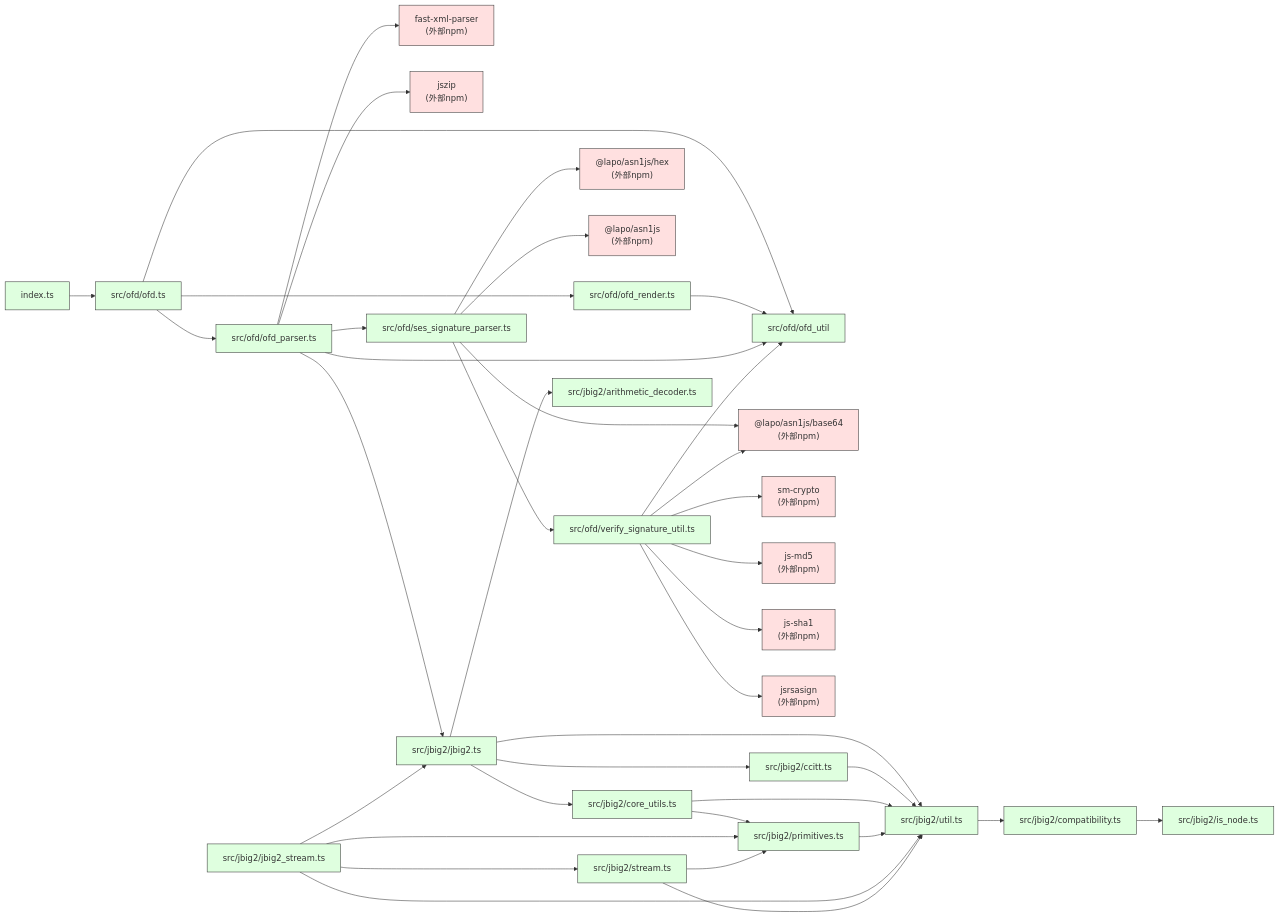
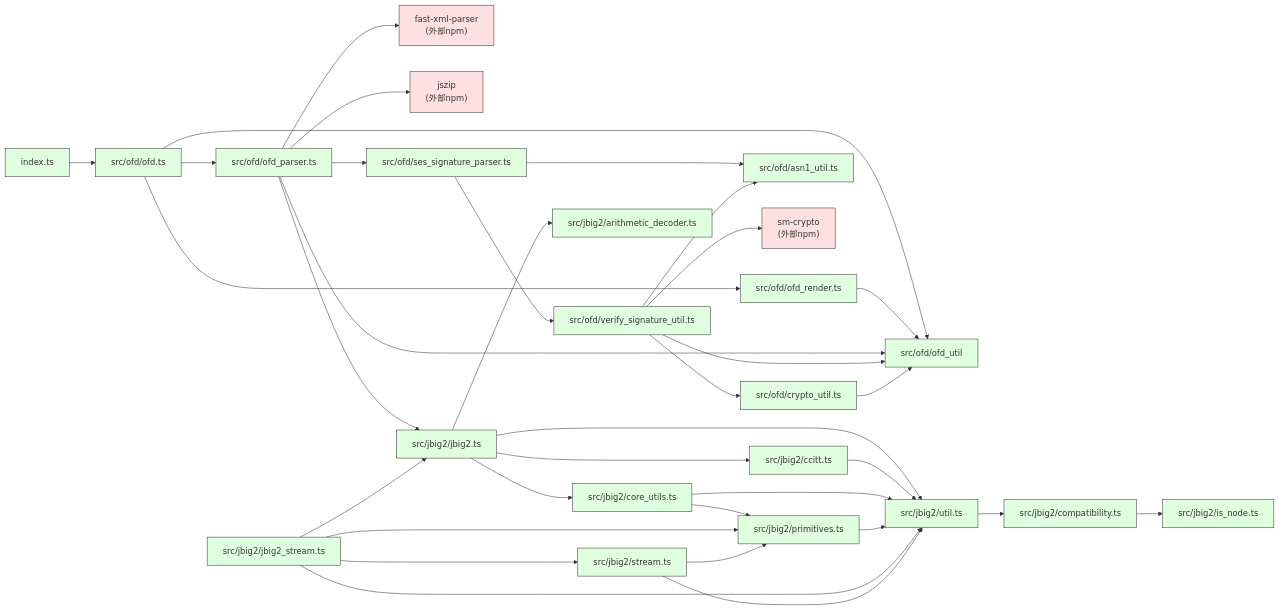
The diagram in DEPENDENCY_TREE.md (c5soft/ofd.js), drawn with Mermaid before and after one commit. The commit also changed other lines of this file and 3 other files, not shown here.

````diff
--- a/DEPENDENCY_TREE.md
+++ b/DEPENDENCY_TREE.md
@@ -9,55 +9,53 @@
 ```mermaid
 flowchart LR
     A[index.ts] --> B[src/ofd/ofd.ts]
 
     B --> C[src/ofd/ofd_render.ts]
     B --> D[src/ofd/ofd_parser.ts]
     B --> E[src/ofd/ofd_util]
 
     C --> E
 
     D --> G["fast-xml-parser\n(外部npm)"]
     D --> H["jszip\n(外部npm)"]
     D --> E
     D --> I[src/jbig2/jbig2.ts]
     D --> J[src/ofd/ses_signature_parser.ts]
 
-    J --> K["@lapo/asn1js/hex\n(外部npm)"]
-    J --> L["@lapo/asn1js/base64\n(外部npm)"]
-    J --> M["@lapo/asn1js\n(外部npm)"]
+    J --> K[src/ofd/asn1_util.ts]
     J --> N[src/ofd/verify_signature_util.ts]
 
     N --> O["sm-crypto\n(外部npm)"]
-    N --> Q["js-md5\n(外部npm)"]
-    N --> R["js-sha1\n(外部npm)"]
-    N --> S["jsrsasign\n(外部npm)"]
+    N --> P[src/ofd/crypto_util.ts]
     N --> E
-    N --> L
+    N --> K
+
+    P --> E
 
     I --> T[src/jbig2/util.ts]
     I --> U[src/jbig2/core_utils.ts]
     I --> V[src/jbig2/arithmetic_decoder.ts]
     I --> W[src/jbig2/ccitt.ts]
 
     W --> T
     U --> T
     U --> X[src/jbig2/primitives.ts]
     X --> T
 
     Y[src/jbig2/jbig2_stream.ts] --> X
     Y --> Z[src/jbig2/stream.ts]
     Y --> I
     Y --> T
 
     Z --> T
     Z --> X
 
     T --> AA[src/jbig2/compatibility.ts]
     AA --> AB[src/jbig2/is_node.ts]
 
     %% 样式分组
     classDef internal fill:#dfffdf,stroke:#333,stroke-width:1px;
     classDef external fill:#ffe0e0,stroke:#333,stroke-width:1px;
-    class A,B,C,D,E,I,J,N,T,U,V,W,X,Y,Z,AA,AB internal;
-    class G,H,K,L,M,O,Q,R,S external;
+    class A,B,C,D,E,I,J,K,N,P,T,U,V,W,X,Y,Z,AA,AB internal;
+    class G,H,O external;
 ```
````
